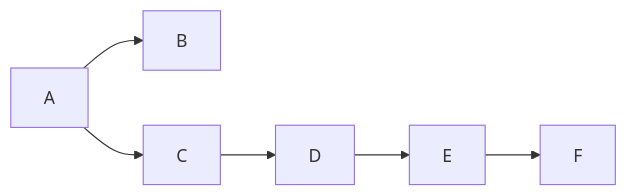
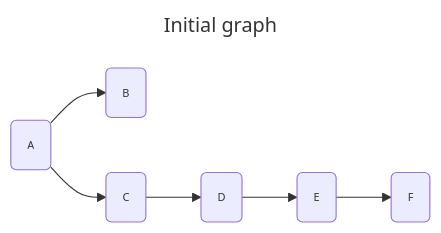
The first of 2 diagrams in docs/algos/transitive_closure.md (sweinst/Grafology), drawn with Mermaid before and after one commit. The commit also changed other lines of this file, not shown here.

````diff
--- a/docs/algos/transitive_closure.md
+++ b/docs/algos/transitive_closure.md
@@ -27,8 +16,21 @@
 ```mermaid
+---
+title: Initial graph
+config:
+  themeVariables:
+    fontSize: 10px
+    sectionFontSize: 10px
+---
 graph LR;
+    A(A)
+    B(B)
+    C(C)
+    D(D)
+    E(E)
+    F(F)
     A --> B
     A --> C
     C --> D
     D --> E
     E --> F
 ```
````
